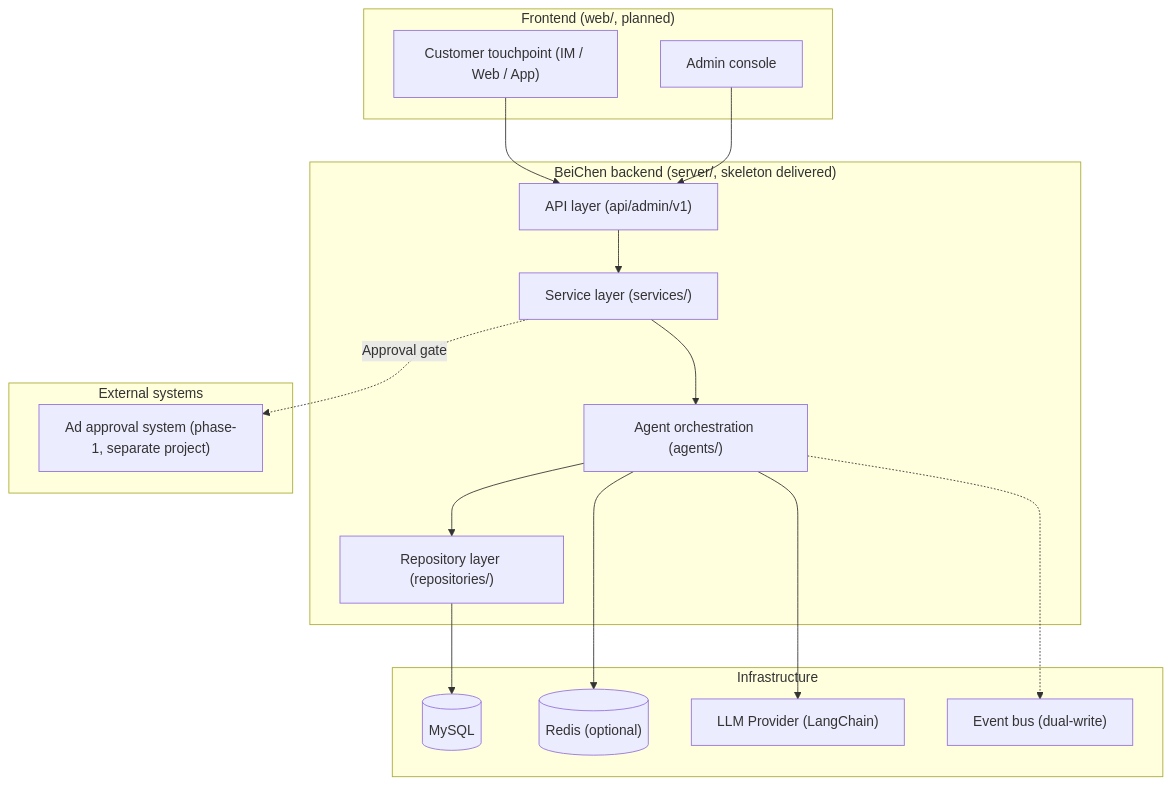
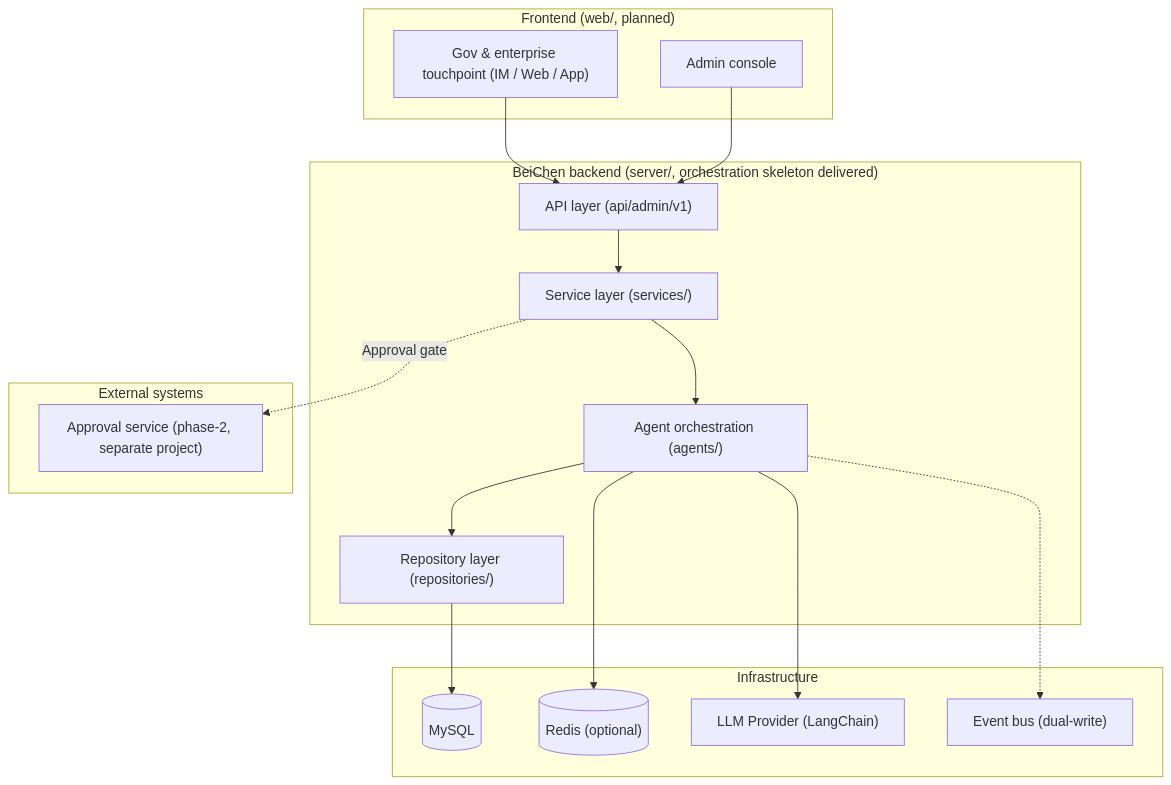
Before and after one commit to chain-engine/x-BeiChen: the first of 2 diagrams in README.en.md, drawn with Mermaid. The commit also changed other lines of this file and 9 other files, not shown here.

````diff
--- a/README.en.md
+++ b/README.en.md
@@ -83,36 +80,36 @@
 ```mermaid
 flowchart TB
     subgraph FE["Frontend (web/, planned)"]
-        A1["Customer touchpoint (IM / Web / App)"]
+        A1["Gov & enterprise touchpoint (IM / Web / App)"]
         A2["Admin console"]
     end
 
-    subgraph BE["BeiChen backend (server/, skeleton delivered)"]
+    subgraph BE["BeiChen backend (server/, orchestration skeleton delivered)"]
         B1["API layer (api/admin/v1)"]
         B2["Service layer (services/)"]
         B3["Agent orchestration (agents/)"]
         B4["Repository layer (repositories/)"]
     end
 
     subgraph INFRA["Infrastructure"]
         C1[("MySQL")]
         C2[("Redis (optional)")]
         C3["LLM Provider (LangChain)"]
         C4["Event bus (dual-write)"]
     end
 
     subgraph EXT["External systems"]
-        D1["Ad approval system (phase-1, separate project)"]
+        D1["Approval service (phase-2, separate project)"]
     end
 
     A1 --> B1
     A2 --> B1
     B1 --> B2
     B2 --> B3
     B3 --> B4
     B4 --> C1
     B3 --> C2
     B3 --> C3
     B3 -.-> C4
     B2 -. Approval gate .-> D1
 ```
````
